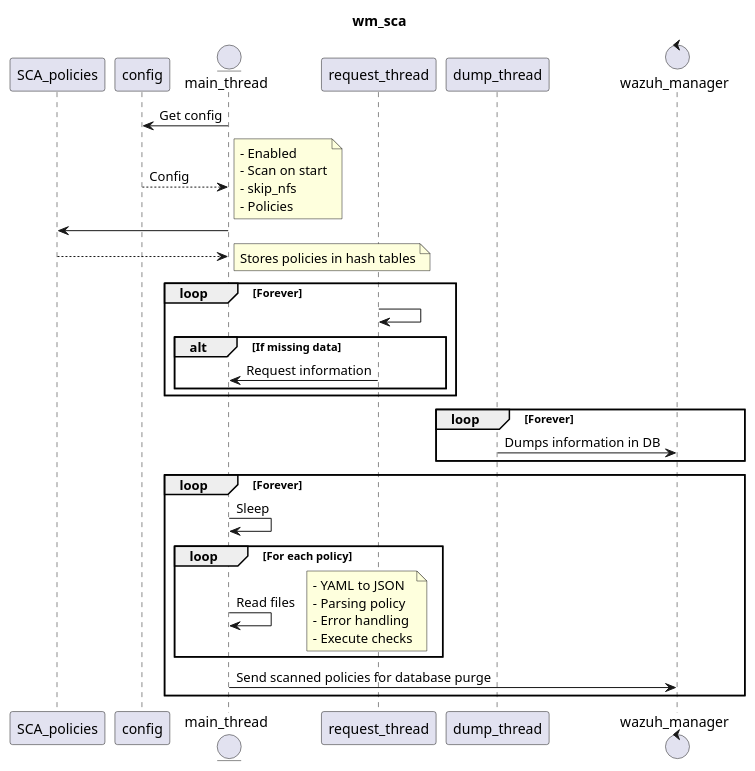
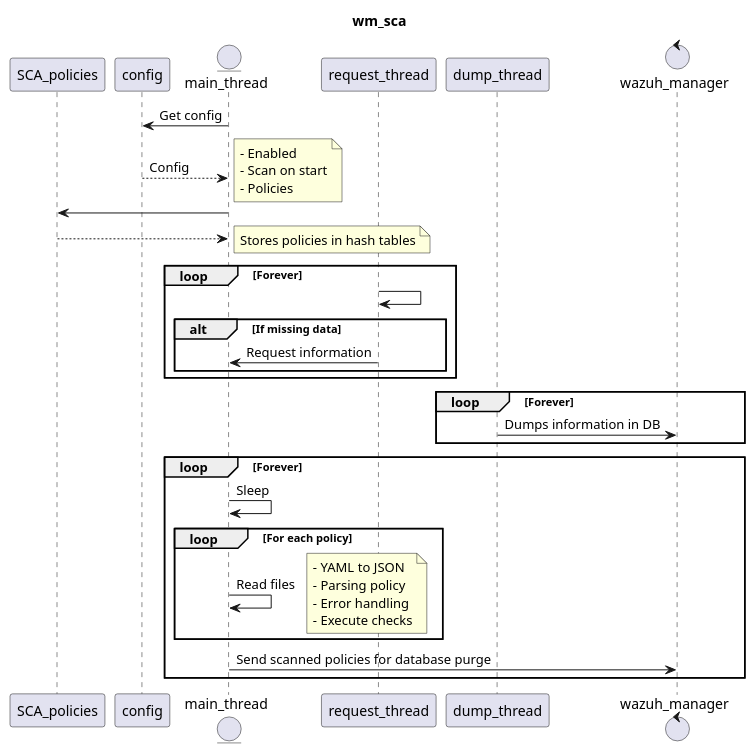
One commit to wazuh/wazuh changed the diagram in architecture/wm_sca/001-sequence.puml. Above: the diagram before and after it, drawn with PlantUML. The commit also changed 7 other files, not shown here.

```diff
--- a/architecture/wm_sca/001-sequence.puml
+++ b/architecture/wm_sca/001-sequence.puml
@@ -5,51 +5,50 @@
 @startuml
 title wm_sca
 
 participant SCA_policies 
 participant config
 entity main_thread
 participant request_thread
 participant dump_thread
 control wazuh_manager
 
 main_thread -> config : Get config
 config --> main_thread : Config
 note right
     - Enabled
     - Scan on start
-    - skip_nfs
     - Policies
 end note
 
 main_thread -> SCA_policies
 SCA_policies --> main_thread
 note right
     Stores policies in hash tables
 end note
 
 loop Forever
     request_thread -> request_thread
     alt If missing data
         request_thread -> main_thread: Request information
     end
 end
 
 loop Forever
     dump_thread -> wazuh_manager: Dumps information in DB
 end
 
 loop Forever
     main_thread -> main_thread: Sleep
         loop For each policy
             main_thread -> main_thread: Read files
             note right
                  - YAML to JSON
                  - Parsing policy
                  - Error handling
                  - Execute checks
             end note
         end
     main_thread -> wazuh_manager: Send scanned policies for database purge
 end
 
 @enduml
```
